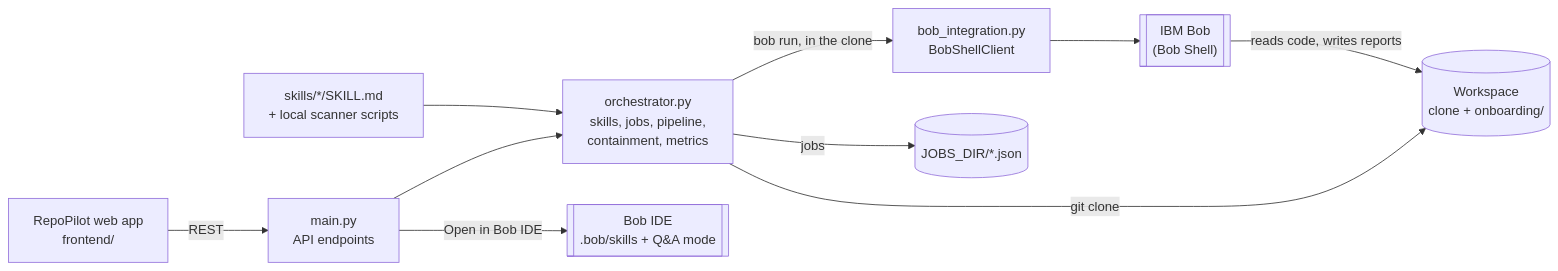
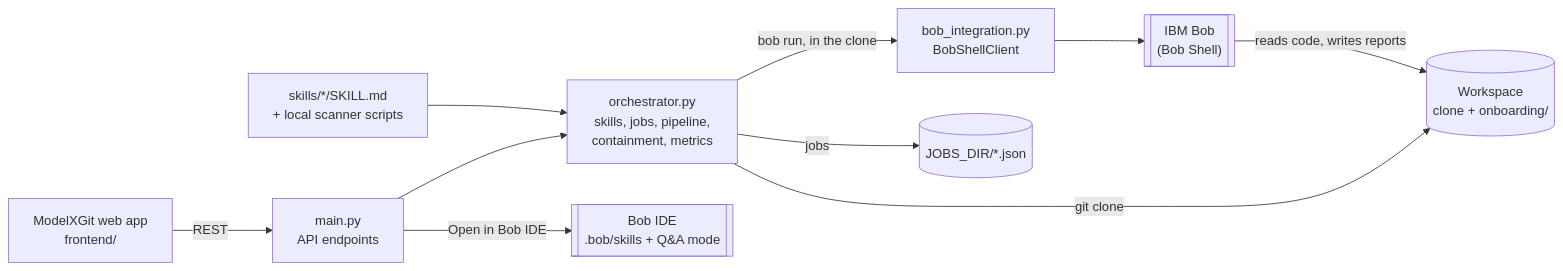
The diagram in README.md (VincentTeo1116/ModelXGit), drawn with Mermaid before and after one commit. The commit also changed other lines of this file and 7 other files, not shown here.

Commit message:
Rename the system from RepoPilot to ModelXGit

````diff
--- a/README.md
+++ b/README.md
@@ -92,12 +92,12 @@
 ```mermaid
 flowchart LR
-  UI["RepoPilot web app<br/>frontend/"] -->|REST| API["main.py<br/>API endpoints"]
+  UI["ModelXGit web app<br/>frontend/"] -->|REST| API["main.py<br/>API endpoints"]
   API --> ORC["orchestrator.py<br/>skills, jobs, pipeline,<br/>containment, metrics"]
   SK["skills/*/SKILL.md<br/>+ local scanner scripts"] --> ORC
   ORC -->|git clone| WS[("Workspace<br/>clone + onboarding/")]
   ORC -->|bob run, in the clone| BOB["bob_integration.py<br/>BobShellClient"]
   BOB --> IBM[["IBM Bob<br/>(Bob Shell)"]]
   IBM -->|reads code, writes reports| WS
   ORC -->|jobs| JOBS[("JOBS_DIR/*.json")]
   API -->|Open in Bob IDE| IDE[["Bob IDE<br/>.bob/skills + Q&A mode"]]
 ```
````
